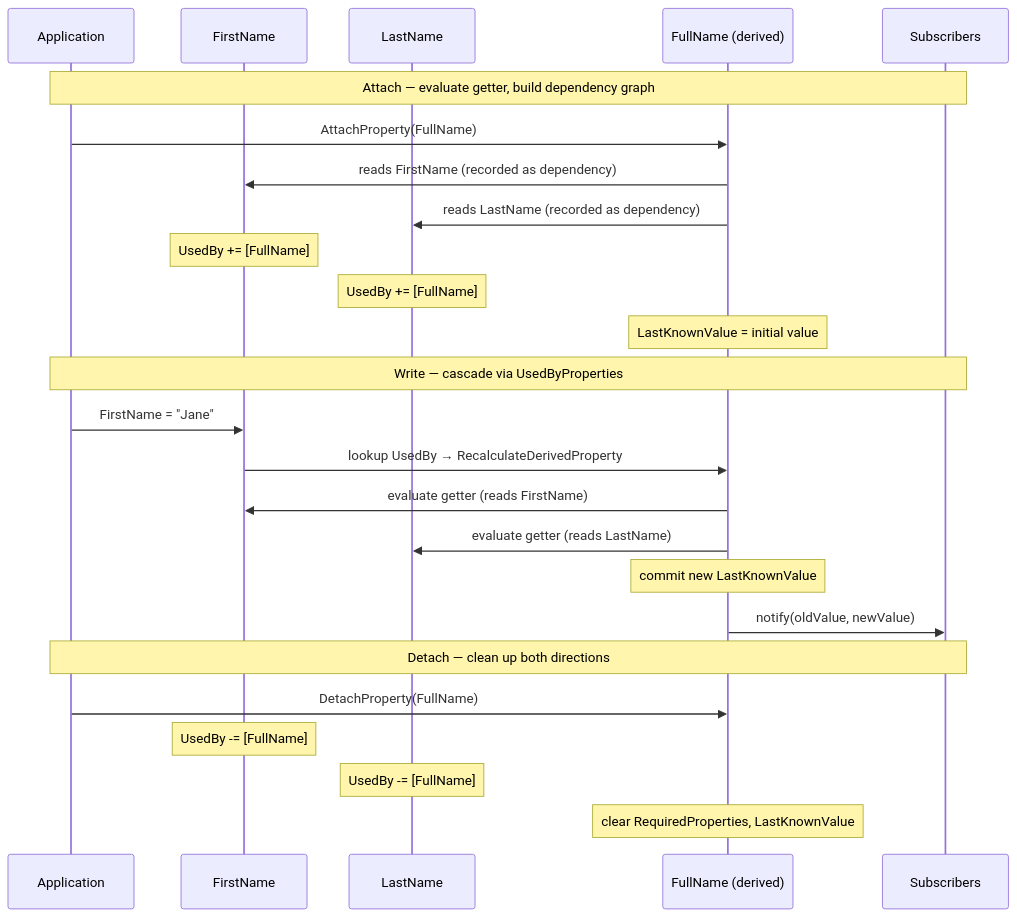
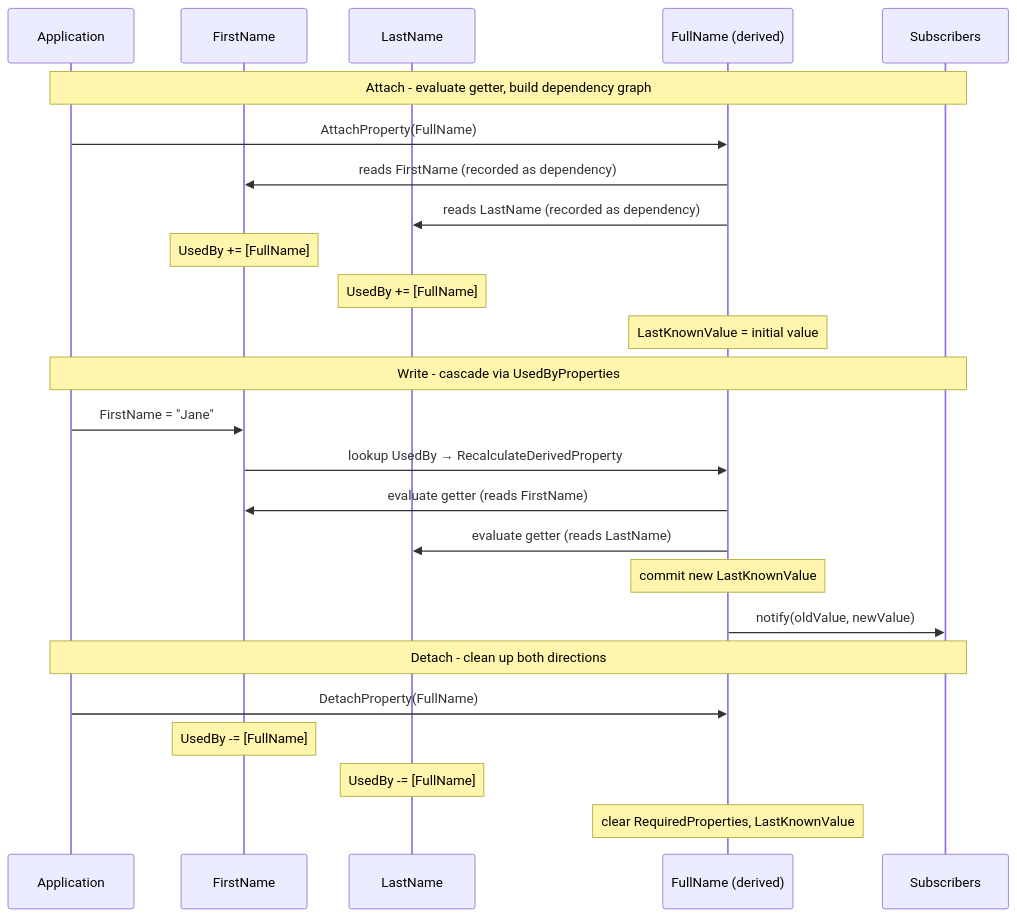
One commit to RicoSuter/Namotion.Interceptor changed the first of 7 diagrams in docs/design/tracking-derived-properties.md. Above: the diagram before and after it, drawn with Mermaid. The commit also changed other lines of this file and 5 other files, not shown here.

````diff
--- a/docs/design/tracking-derived-properties.md
+++ b/docs/design/tracking-derived-properties.md
@@ -77,30 +77,30 @@
 ```mermaid
 sequenceDiagram
     participant App as Application
     participant FN as FirstName
     participant LN as LastName
     participant Full as FullName (derived)
     participant Sub as Subscribers
 
-    Note over App,Sub: Attach — evaluate getter, build dependency graph
+    Note over App,Sub: Attach - evaluate getter, build dependency graph
     App->>Full: AttachProperty(FullName)
     Full->>FN: reads FirstName (recorded as dependency)
     Full->>LN: reads LastName (recorded as dependency)
     Note over FN: UsedBy += [FullName]
     Note over LN: UsedBy += [FullName]
     Note over Full: LastKnownValue = initial value
 
-    Note over App,Sub: Write — cascade via UsedByProperties
+    Note over App,Sub: Write - cascade via UsedByProperties
     App->>FN: FirstName = "Jane"
     FN->>Full: lookup UsedBy → RecalculateDerivedProperty
     Full->>FN: evaluate getter (reads FirstName)
     Full->>LN: evaluate getter (reads LastName)
     Note over Full: commit new LastKnownValue
     Full->>Sub: notify(oldValue, newValue)
 
-    Note over App,Sub: Detach — clean up both directions
+    Note over App,Sub: Detach - clean up both directions
     App->>Full: DetachProperty(FullName)
     Note over FN: UsedBy -= [FullName]
     Note over LN: UsedBy -= [FullName]
     Note over Full: clear RequiredProperties, LastKnownValue
 ```
````
